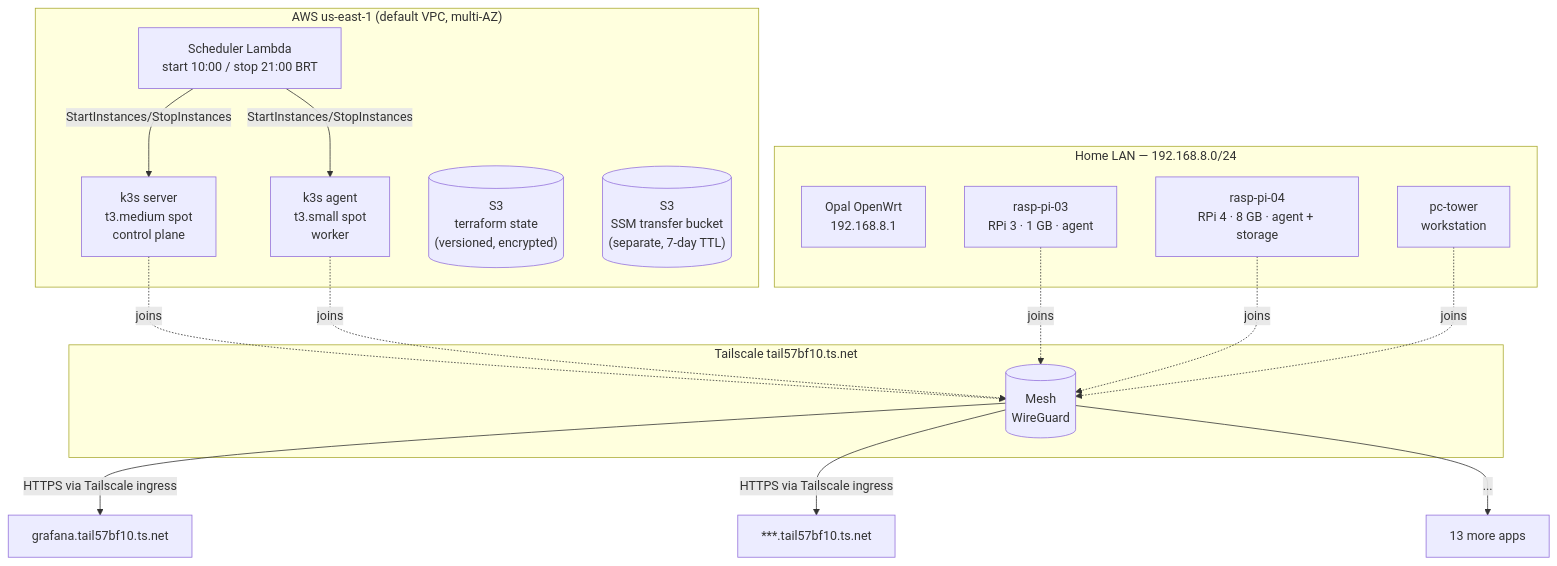
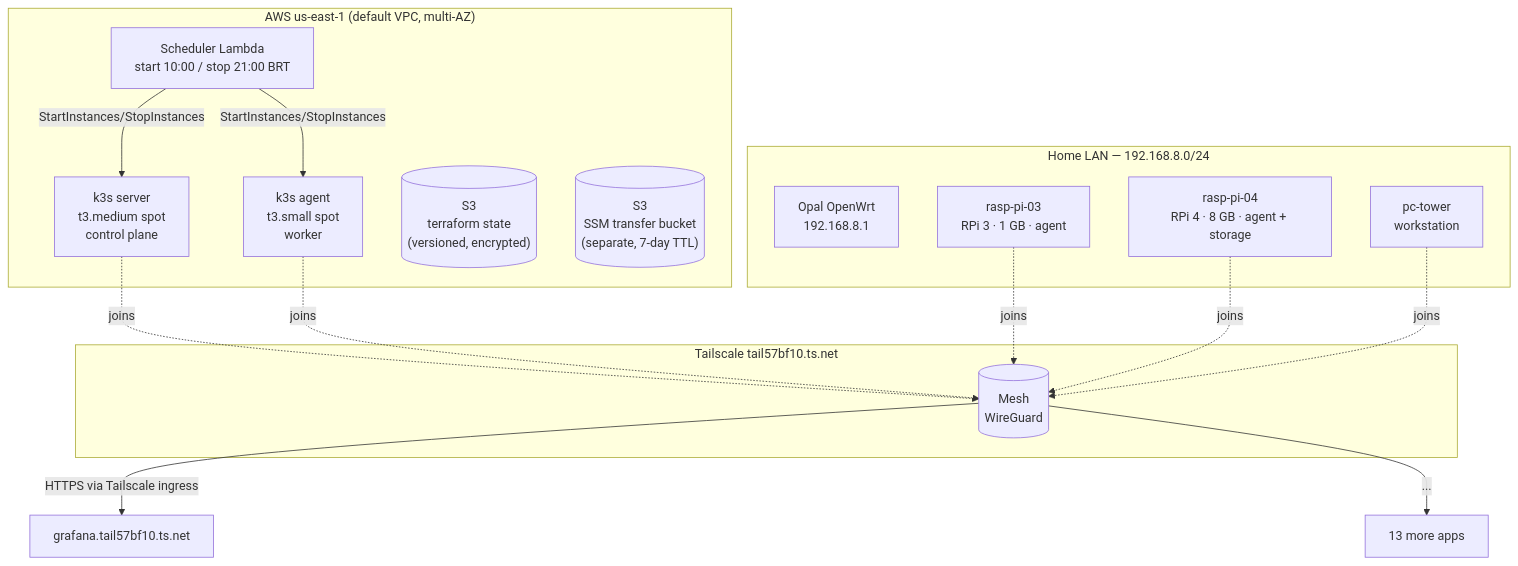
Before and after one commit to ariel-extending851/homelab: the diagram in docs/architecture/overview.md, drawn with Mermaid. The commit also changed other lines of this file and 56 other files, not shown here.

````diff
--- a/docs/architecture/overview.md
+++ b/docs/architecture/overview.md
@@ -13,34 +13,33 @@
 ```mermaid
 graph TB
     subgraph "AWS us-east-1 (default VPC, multi-AZ)"
         SERVER["k3s server<br/>t3.medium spot<br/>control plane"]
         AGENT["k3s agent<br/>t3.small spot<br/>worker"]
         LAMBDA["Scheduler Lambda<br/>start 10:00 / stop 21:00 BRT"]
         S3STATE[("S3<br/>terraform state<br/>(versioned, encrypted)")]
         S3SSM[("S3<br/>SSM transfer bucket<br/>(separate, 7-day TTL)")]
     end
 
     subgraph "Home LAN — 192.168.8.0/24"
         ROUTER["Opal OpenWrt<br/>192.168.8.1"]
         PI3["rasp-pi-03<br/>RPi 3 · 1 GB · agent"]
         PI4["rasp-pi-04<br/>RPi 4 · 8 GB · agent + storage"]
         WS["pc-tower<br/>workstation"]
     end
 
     subgraph "Tailscale tail57bf10.ts.net"
         TS[("Mesh<br/>WireGuard")]
     end
 
     SERVER -.->|joins| TS
     AGENT -.->|joins| TS
     PI3 -.->|joins| TS
     PI4 -.->|joins| TS
     WS -.->|joins| TS
 
     TS -->|HTTPS via Tailscale ingress| GRAFANA["grafana.tail57bf10.ts.net"]
-    TS -->|HTTPS via Tailscale ingress| QBT["***.tail57bf10.ts.net"]
     TS -->|...| OTHER["13 more apps"]
 
     LAMBDA -->|StartInstances/StopInstances| SERVER
     LAMBDA -->|StartInstances/StopInstances| AGENT
 ```
````
